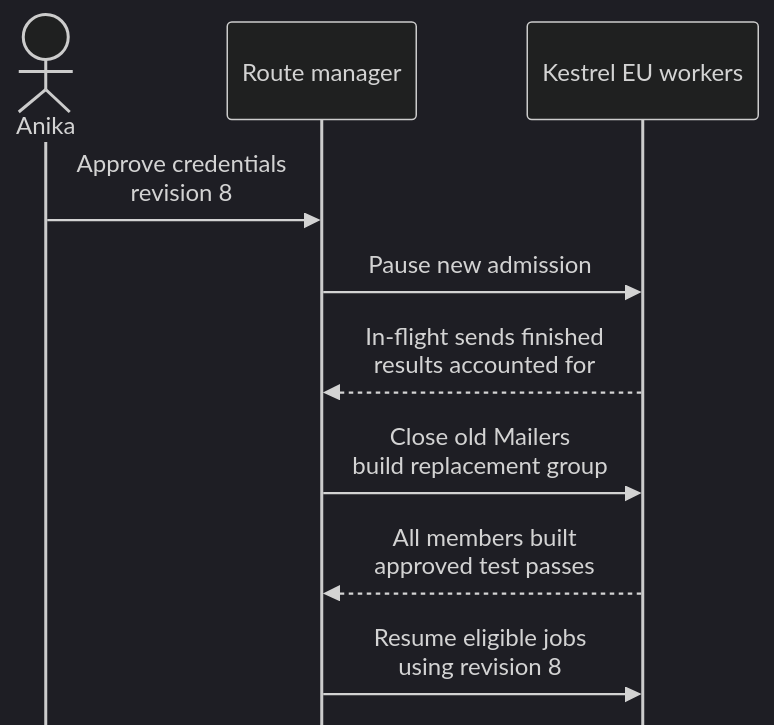
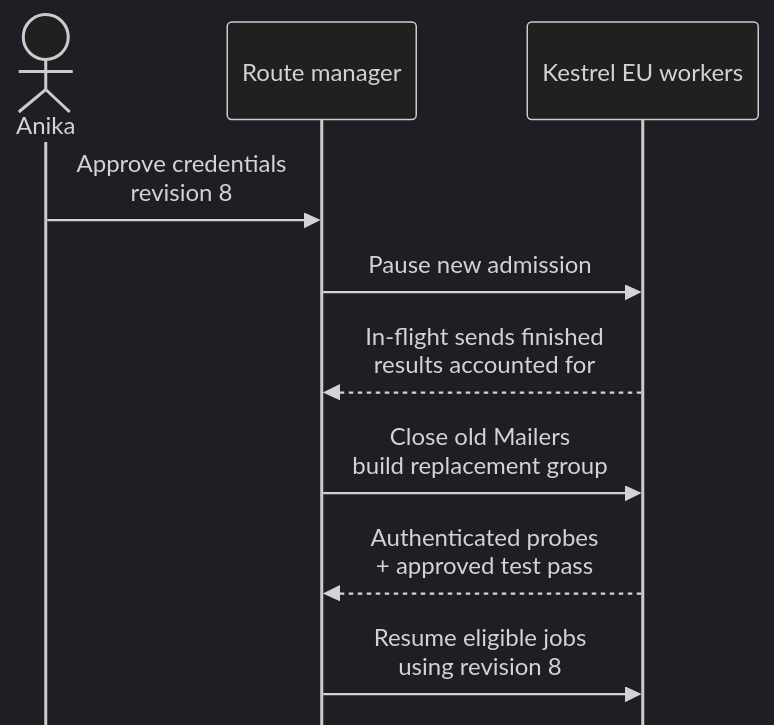
The third of 3 diagrams in src/journal/2026-09-12-everybody-brought-their-own-mail-server.md (simple-java-mail/simplejavamail.org), drawn with Mermaid (dark theme) before and after one commit. The commit also changed other lines of this file and 5 other files, not shown here.

````diff
--- a/src/journal/2026-09-12-everybody-brought-their-own-mail-server.md
+++ b/src/journal/2026-09-12-everybody-brought-their-own-mail-server.md
@@ -238,16 +307,16 @@
 ```mermaid
 %%{init: { "sequence": { "mirrorActors": false, "actorMargin": 24, "width": 125, "height": 65, "messageMargin": 32 } } }%%
 sequenceDiagram
     accTitle: Replacing Kestrel's approved mail configuration
     accDescr: Anika approves replacement credentials. RelayDesk's route manager stops admitting work to Kestrel EU across its dispatch processes, waits for their in-flight sends, closes the old Mailers, constructs the complete replacement group and tests it. Admission resumes only if the replacement group passes the checks. Other customer routes continue throughout.
     actor admin as Anika
     participant registry as Route manager
     participant workers as Kestrel EU workers
 
     admin->>registry: Approve credentials<br/>revision 8
     registry->>workers: Pause new admission
     workers-->>registry: In-flight sends finished<br/>results accounted for
     registry->>workers: Close old Mailers<br/>build replacement group
-    workers-->>registry: All members built<br/>approved test passes
+    workers-->>registry: Authenticated probes<br/>+ approved test pass
     registry->>workers: Resume eligible jobs<br/>using revision 8
 ```
````
